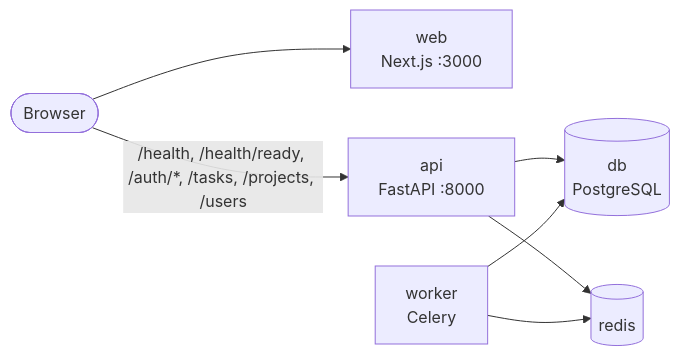
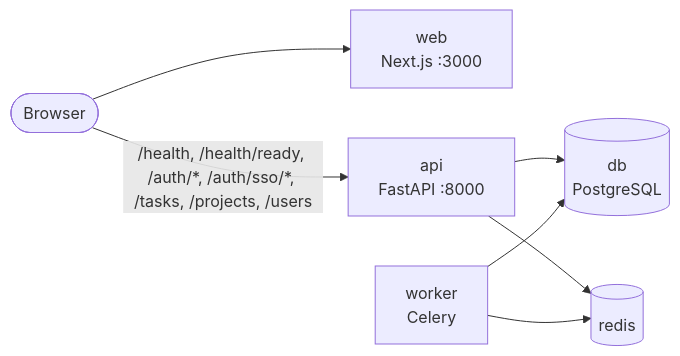
Before and after one commit to arbadev/ballasttasks: the first of 4 diagrams in docs/architecture.md, drawn with Mermaid. The commit also changed other lines of this file and 62 other files, not shown here.

````diff
--- a/docs/architecture.md
+++ b/docs/architecture.md
@@ -14,9 +15,9 @@
 ```mermaid
 flowchart LR
     browser([Browser]) --> web[web<br/>Next.js :3000]
-    browser -->|/health, /health/ready, /auth/*, /tasks, /projects, /users| api[api<br/>FastAPI :8000]
+    browser -->|/health, /health/ready, /auth/*, /auth/sso/*, /tasks, /projects, /users| api[api<br/>FastAPI :8000]
     api --> db[(db<br/>PostgreSQL)]
     api --> redis[(redis)]
     worker[worker<br/>Celery] --> redis
     worker --> db
 ```
````
